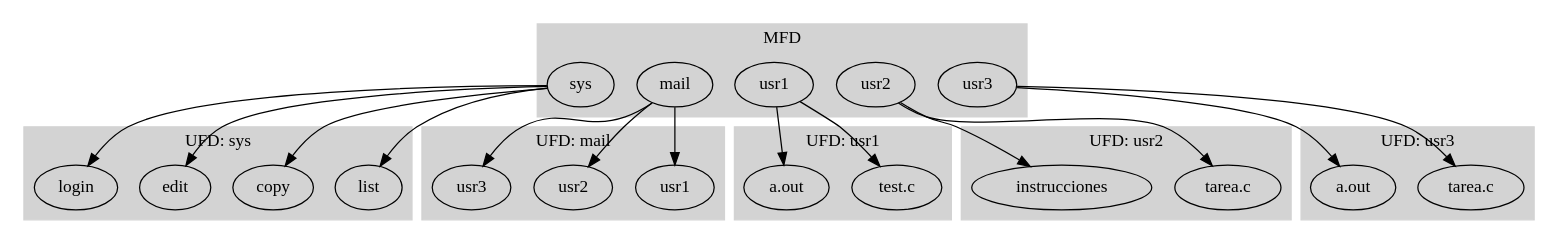
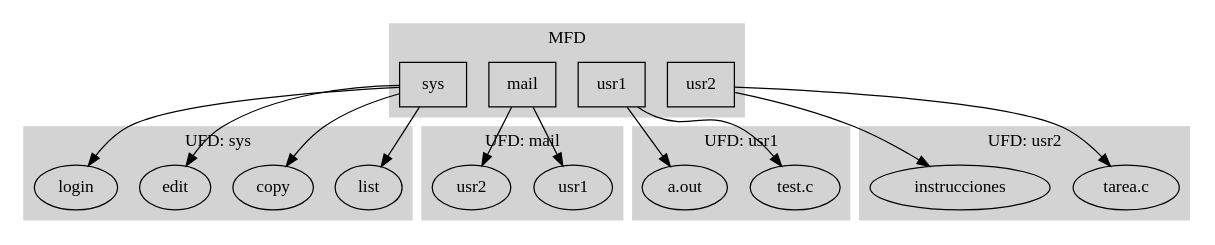
The first of 4 diagrams in notas/05_sistemas_de_archivos.org (gwolf/sistop), drawn with Graphviz before and after one commit. The commit also changed other lines of this file and 1 other file, not shown here.

```diff
--- a/notas/05_sistemas_de_archivos.org
+++ b/notas/05_sistemas_de_archivos.org
@@ -631,75 +656,64 @@
 #+begin_src dot :exports results :file ltxpng/directorio_simple.png
   digraph G {
           subgraph cluster0 {
                   label = "MFD";
                   color=lightgray
                   style=filled;
                   sys;
                   mail;
                   usr1;
                   usr2;
-                  usr3;
           }
           subgraph cluster1 {
                   label="UFD: sys";
                   color=lightgray
                   style=filled;
                   list;
                   copy;
                   edit;
                   login;
           }
           subgraph cluster2 {
                   label="UFD: mail";
                   color=lightgray
                   style=filled;
                   m_usr1;
                   m_usr2;
-                  m_usr3;
           }
           subgraph cluster3 {
                   label="UFD: usr1";
                   color=lightgray
                   style=filled;
                   test_c1;
                   a_out;
           }
           subgraph cluster4 {
                   label="UFD: usr2";
                   color=lightgray
                   style=filled;
                   tarea_c;
                   instrucciones;
           }
-          subgraph cluster5 {
-                  label="UFD: usr3";
-                  color=lightgray
-                  style=filled;
-                  tarea_c2;
-                  a_out2;
-          }
           sys -> list;
           sys -> copy;
           sys -> edit;
           sys -> login;
   
           usr1 -> test_c1;
           usr1 -> a_out;
           usr2 -> tarea_c;
           usr2 -> instrucciones;
-          usr3 -> tarea_c2;
-          usr3 -> a_out2;
           mail -> m_usr1;
           mail -> m_usr2;
-          mail -> m_usr3;
   
+          sys [shape=box];
+          mail [shape=box];
+          usr1 [shape=box];
+          usr2 [shape=box];
           test_c1 [label="test.c"];
           a_out [label="a.out"];
           tarea_c [label="tarea.c"];
-          tarea_c2 [label="tarea.c"];
-          a_out2 [label="a.out"];
           m_usr1 [label="usr1"];
           m_usr2 [label="usr2"];
-          m_usr3 [label="usr3"];
   }
 #+end_src
```
